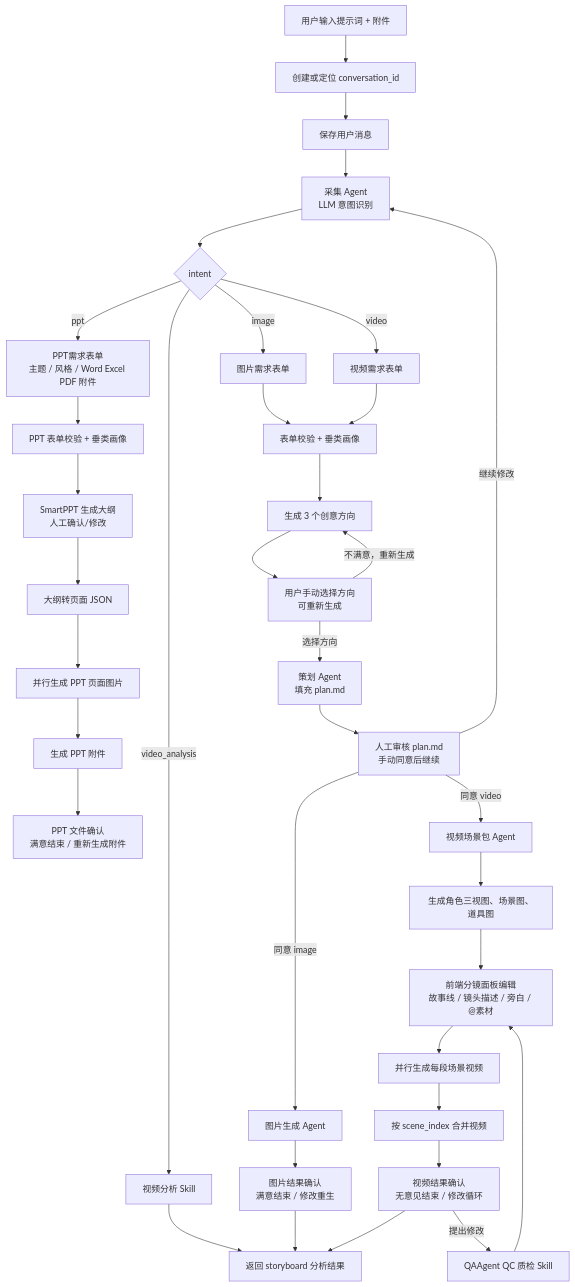
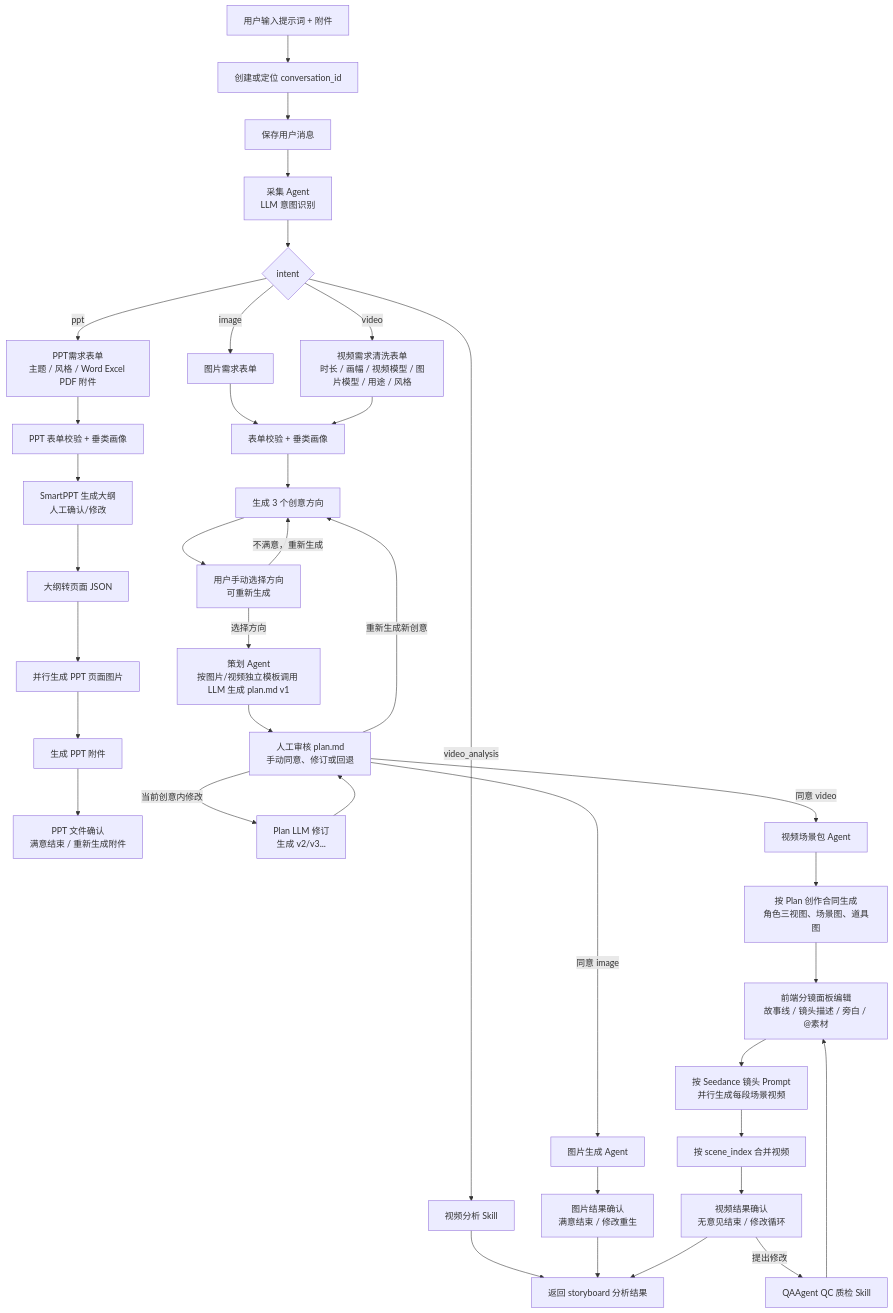
The second of 7 diagrams in docs/pixelflow-agent-skill-flow-latest-design.md (joyslxd/pixelflow), drawn with Mermaid before and after one commit. The commit also changed other lines of this file and 3 other files, not shown here.

````diff
--- a/docs/pixelflow-agent-skill-flow-latest-design.md
+++ b/docs/pixelflow-agent-skill-flow-latest-design.md
@@ -48,38 +48,40 @@
 ```mermaid
 flowchart TD
   A["用户输入提示词 + 附件"] --> B["创建或定位 conversation_id"]
   B --> C["保存用户消息"]
   C --> D["采集 Agent<br/>LLM 意图识别"]
   D --> E{"intent"}
   E -->|"video_analysis"| VA["视频分析 Skill"]
   E -->|"image"| IF["图片需求表单"]
-  E -->|"video"| VF["视频需求表单"]
+  E -->|"video"| VF["视频需求清洗表单<br/>时长 / 画幅 / 视频模型 / 图片模型 / 用途 / 风格"]
   E -->|"ppt"| PF["PPT需求表单<br/>主题 / 风格 / Word Excel PDF 附件"]
   IF --> IV["表单校验 + 垂类画像"]
   VF --> IV
   PF --> PIV["PPT 表单校验 + 垂类画像"]
   PIV --> PSUM["SmartPPT 生成大纲<br/>人工确认/修改"]
   PSUM --> PJSON["大纲转页面 JSON"]
   PJSON --> PIMG["并行生成 PPT 页面图片"]
   PIMG --> PFILE["生成 PPT 附件"]
   PFILE --> PDONE["PPT 文件确认<br/>满意结束 / 重新生成附件"]
   IV --> DIR["生成 3 个创意方向"]
   DIR --> CHOOSE["用户手动选择方向<br/>可重新生成"]
   CHOOSE -->|"不满意，重新生成"| DIR
-  CHOOSE -->|"选择方向"| PLAN["策划 Agent<br/>填充 plan.md"]
-  PLAN --> REVIEW["人工审核 plan.md<br/>手动同意后继续"]
-  REVIEW -->|"继续修改"| D
+  CHOOSE -->|"选择方向"| PLAN["策划 Agent<br/>按图片/视频独立模板调用 LLM 生成 plan.md v1"]
+  PLAN --> REVIEW["人工审核 plan.md<br/>手动同意、修订或回退"]
+  REVIEW -->|"当前创意内修改"| REVISE["Plan LLM 修订<br/>生成 v2/v3..."]
+  REVISE --> REVIEW
+  REVIEW -->|"重新生成新创意"| DIR
   REVIEW -->|"同意 image"| IMG["图片生成 Agent"]
   REVIEW -->|"同意 video"| VP["视频场景包 Agent"]
   IMG --> IR["图片结果确认<br/>满意结束 / 修改重生"]
-  VP --> SA["生成角色三视图、场景图、道具图"]
+  VP --> SA["按 Plan 创作合同生成<br/>角色三视图、场景图、道具图"]
   SA --> SB["前端分镜面板编辑<br/>故事线 / 镜头描述 / 旁白 / @素材"]
-  SB --> SV["并行生成每段场景视频"]
+  SB --> SV["按 Seedance 镜头 Prompt<br/>并行生成每段场景视频"]
   SV --> MERGE["按 scene_index 合并视频"]
   MERGE --> VR["视频结果确认<br/>无意见结束 / 修改循环"]
   VR -->|"提出修改"| QC["QAAgent QC 质检 Skill"]
   QC --> SB
   VA --> DONE["返回 storyboard 分析结果"]
   IR --> DONE
   VR --> DONE
 ```
````
